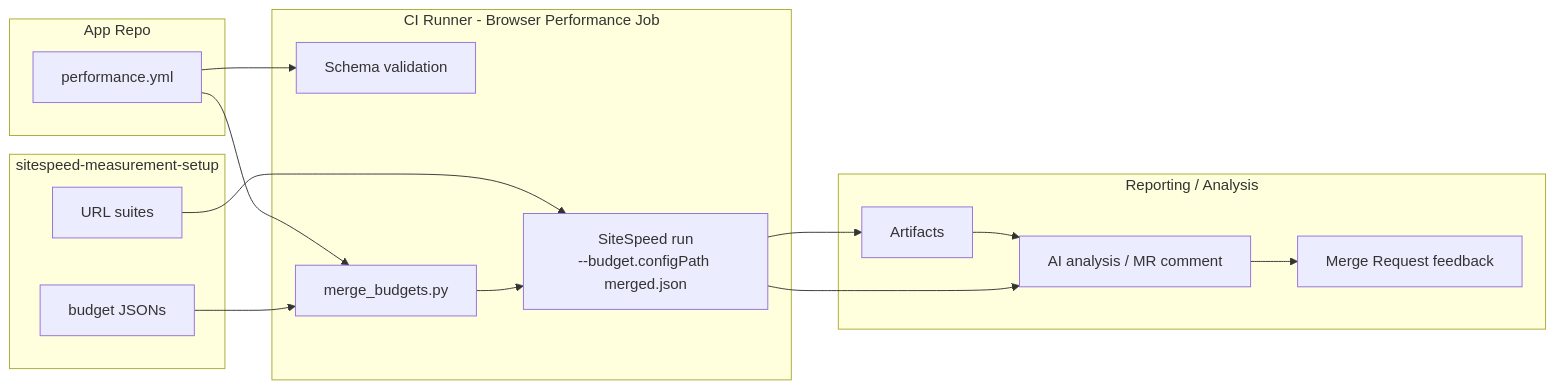
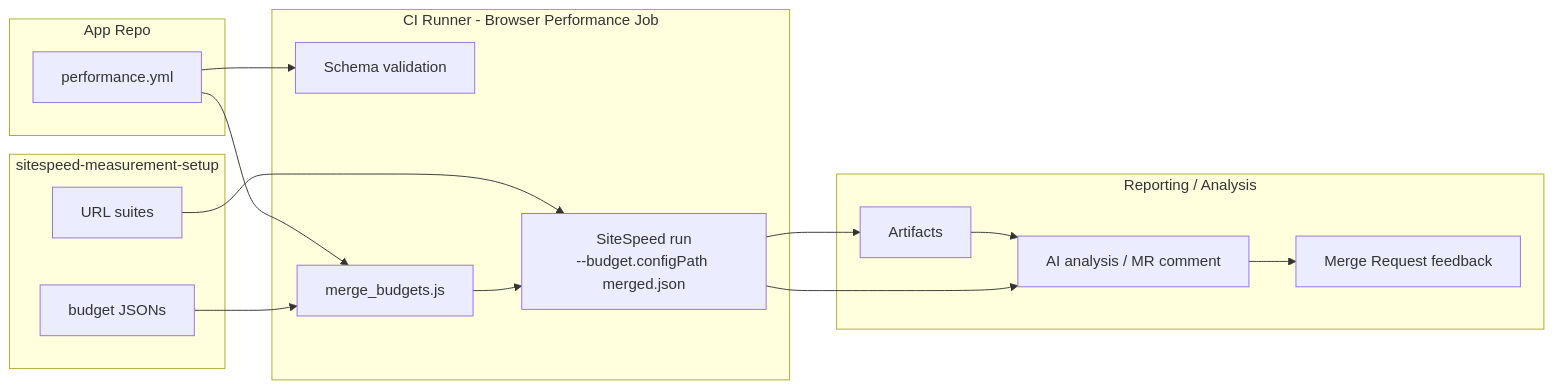
Before and after one commit to kyama0/gitlab-handbook-ja: the second of 2 diagrams in content/handbook/engineering/infrastructure-platforms/developer-experience/design-documents/performance_contracts/_index.md, drawn with Mermaid. The commit also changed other lines of this file and 41 other files, not shown here.

````diff
--- a/content/handbook/engineering/infrastructure-platforms/developer-experience/design-documents/performance_contracts/_index.md
+++ b/content/handbook/engineering/infrastructure-platforms/developer-experience/design-documents/performance_contracts/_index.md
@@ -124,33 +122,33 @@
 ```mermaid
 flowchart LR
   subgraph APP[App Repo]
     CONTRACT[performance.yml]
   end
 
   subgraph SUBMODULE[sitespeed-measurement-setup]
     URLS[URL suites]
     BUDGETS[budget JSONs]
   end
 
   subgraph RUNNER[CI Runner - Browser Performance Job]
     VALIDATE[Schema validation]
-    MERGE[merge_budgets.py]
+    MERGE[merge_budgets.js]
     SITESPEED[SiteSpeed run\n--budget.configPath merged.json]
   end
 
   subgraph REPORTING[Reporting / Analysis]
     ARTIFACTS[Artifacts]
     AI[AI analysis / MR comment]
     MR[Merge Request feedback]
   end
 
   CONTRACT --> VALIDATE
   CONTRACT --> MERGE
   BUDGETS --> MERGE
   URLS --> SITESPEED
   MERGE --> SITESPEED
   SITESPEED --> ARTIFACTS
   ARTIFACTS --> AI
   AI --> MR
   SITESPEED --> AI
 ```
````
